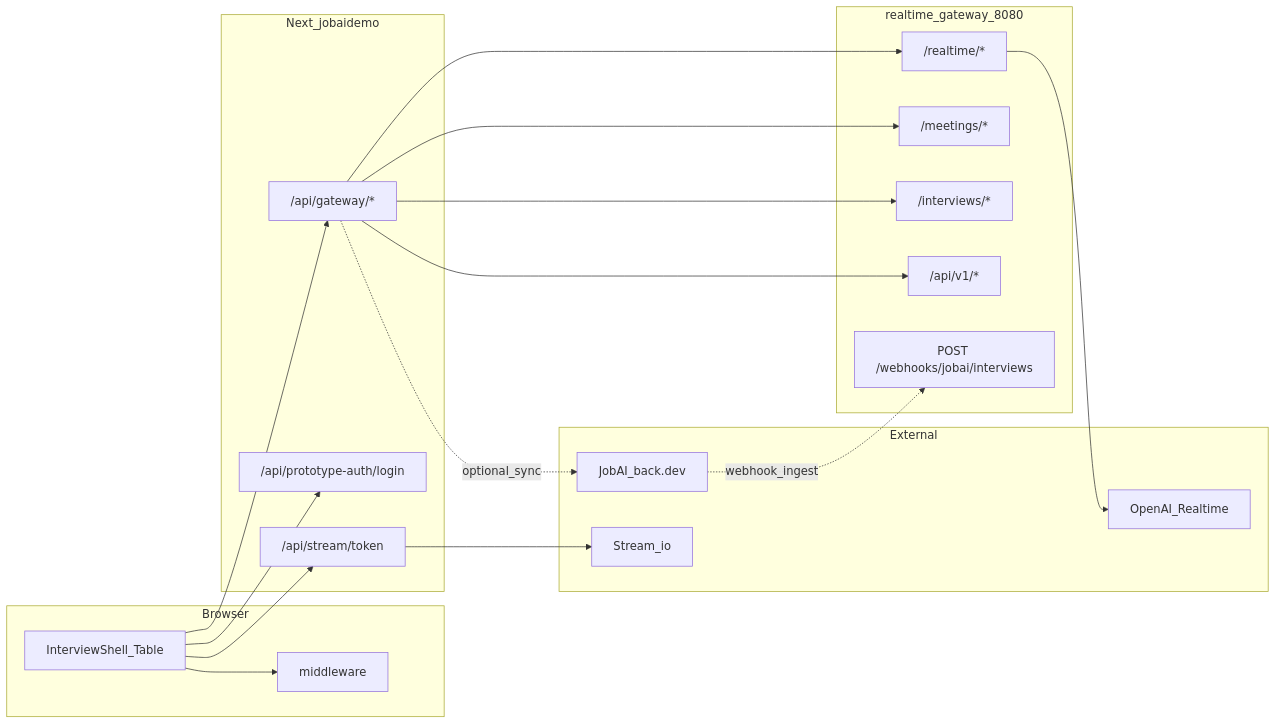
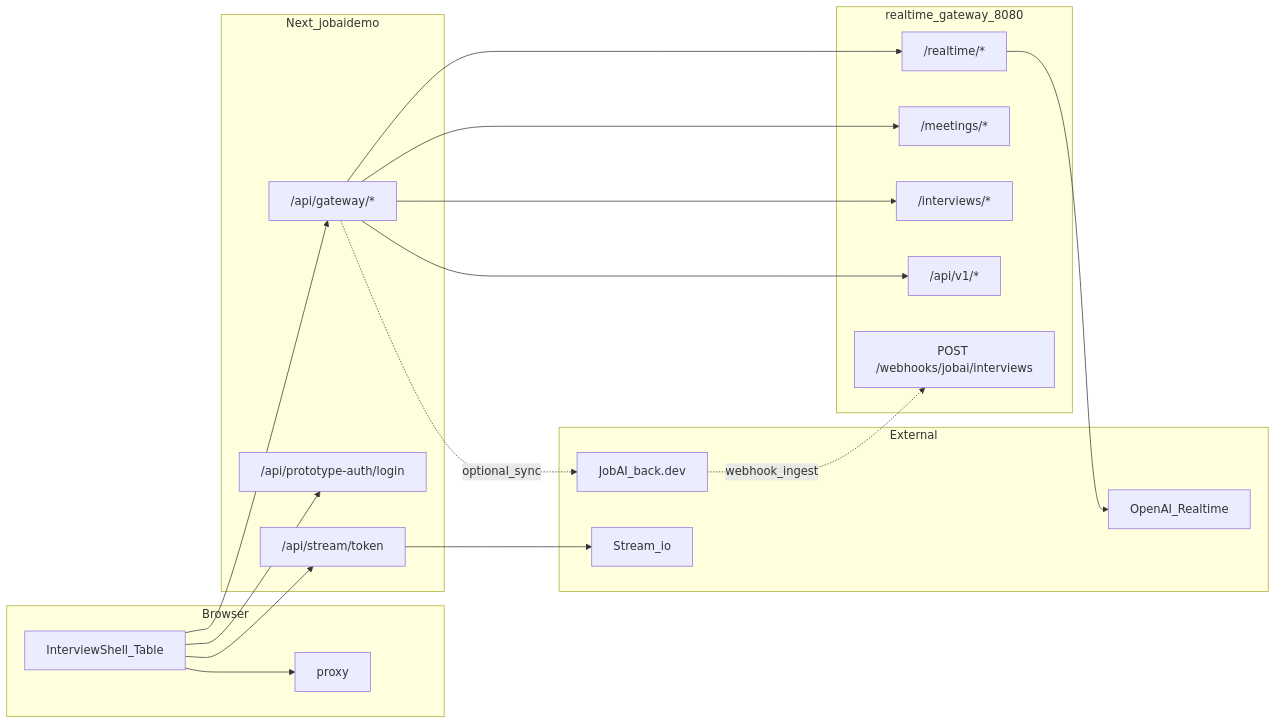
Before and after one commit to MagistrTheOne/nullxeshr: the diagram in docs/frontend.md, drawn with Mermaid. The commit also changed other lines of this file and 27 other files, not shown here.

````diff
--- a/docs/frontend.md
+++ b/docs/frontend.md
@@ -46,36 +46,36 @@
 ```mermaid
 flowchart LR
   subgraph browser [Browser]
     UI[InterviewShell_Table]
-    MW[middleware]
+    MW[proxy]
   end
   subgraph next [Next_jobaidemo]
     GWProxy["/api/gateway/*"]
     LoginAPI["/api/prototype-auth/login"]
     StreamAPI["/api/stream/token"]
   end
   subgraph backend [realtime_gateway_8080]
     RT["/realtime/*"]
     MT["/meetings/*"]
     IV["/interviews/*"]
     V1["/api/v1/*"]
     WH["POST /webhooks/jobai/interviews"]
   end
   subgraph external [External]
     OAI[OpenAI_Realtime]
     JobAI[JobAI_back.dev]
     StreamIO[Stream_io]
   end
   UI --> MW
   UI --> GWProxy
   GWProxy --> RT
   GWProxy --> MT
   GWProxy --> IV
   GWProxy --> V1
   UI --> LoginAPI
   UI --> StreamAPI
   GWProxy -.->|optional_sync| JobAI
   StreamAPI --> StreamIO
   RT --> OAI
   JobAI -.->|webhook_ingest| WH
 ```
````
